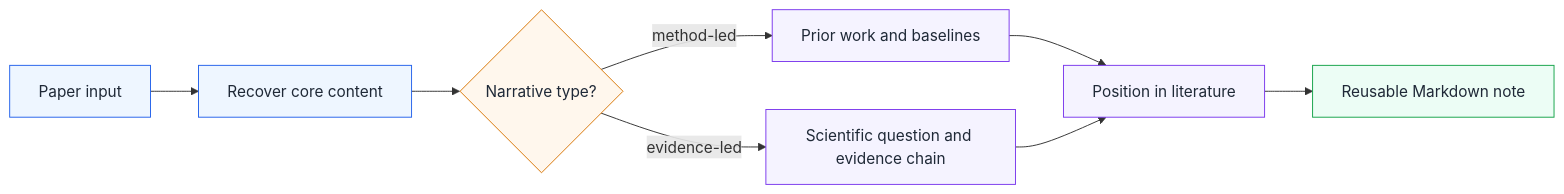
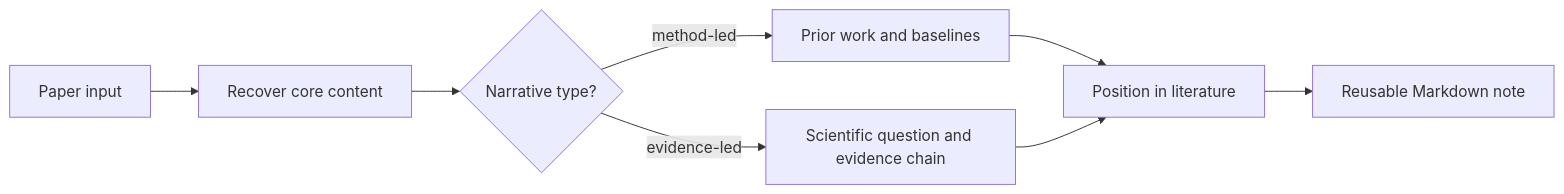
The diagram in README.md (littleZ05/PaperLocus), drawn with Mermaid before and after one commit. The commit also changed other lines of this file and 3 other files, not shown here.

````diff
--- a/README.md
+++ b/README.md
@@ -86,19 +96,10 @@
 ```mermaid
 flowchart LR
     A[Paper input] --> B[Recover core content]
     B --> C{Narrative type?}
     C -->|method-led| D[Prior work and baselines]
     C -->|evidence-led| E[Scientific question and evidence chain]
     D --> F[Position in literature]
     E --> F
     F --> G[Reusable Markdown note]
-
-    classDef input fill:#eef6ff,stroke:#2563eb,color:#1f2937;
-    classDef decision fill:#fff7ed,stroke:#d97706,color:#1f2937;
-    classDef work fill:#f5f3ff,stroke:#7c3aed,color:#1f2937;
-    classDef output fill:#ecfdf5,stroke:#16a34a,color:#1f2937;
-    class A,B input;
-    class C decision;
-    class D,E,F work;
-    class G output;
 ```
````
